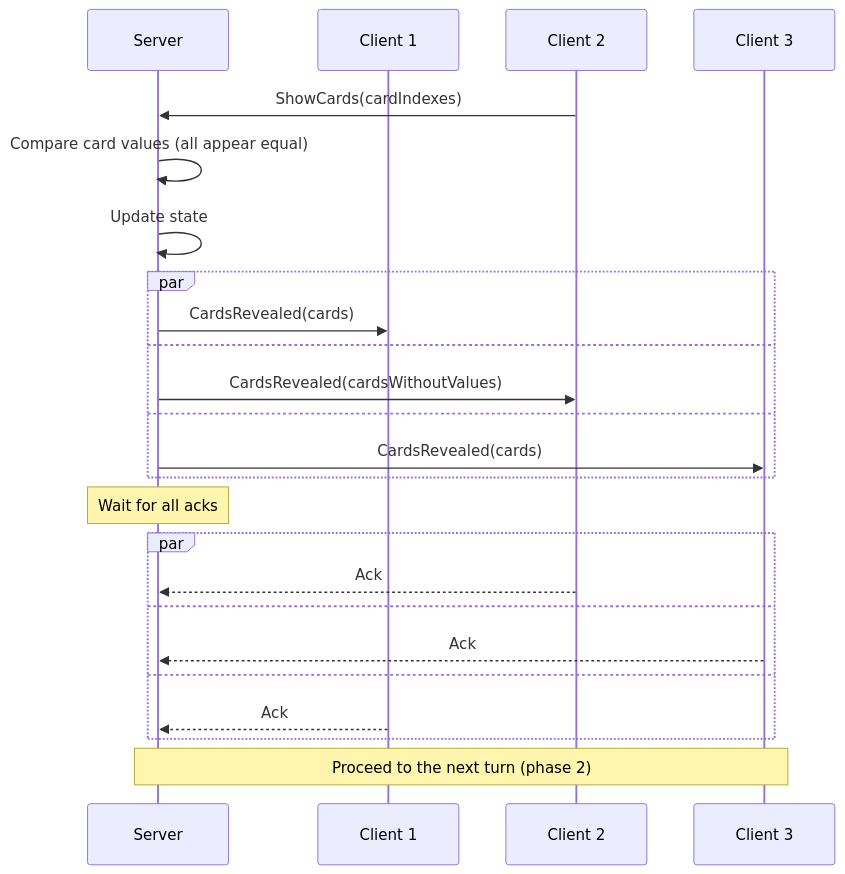
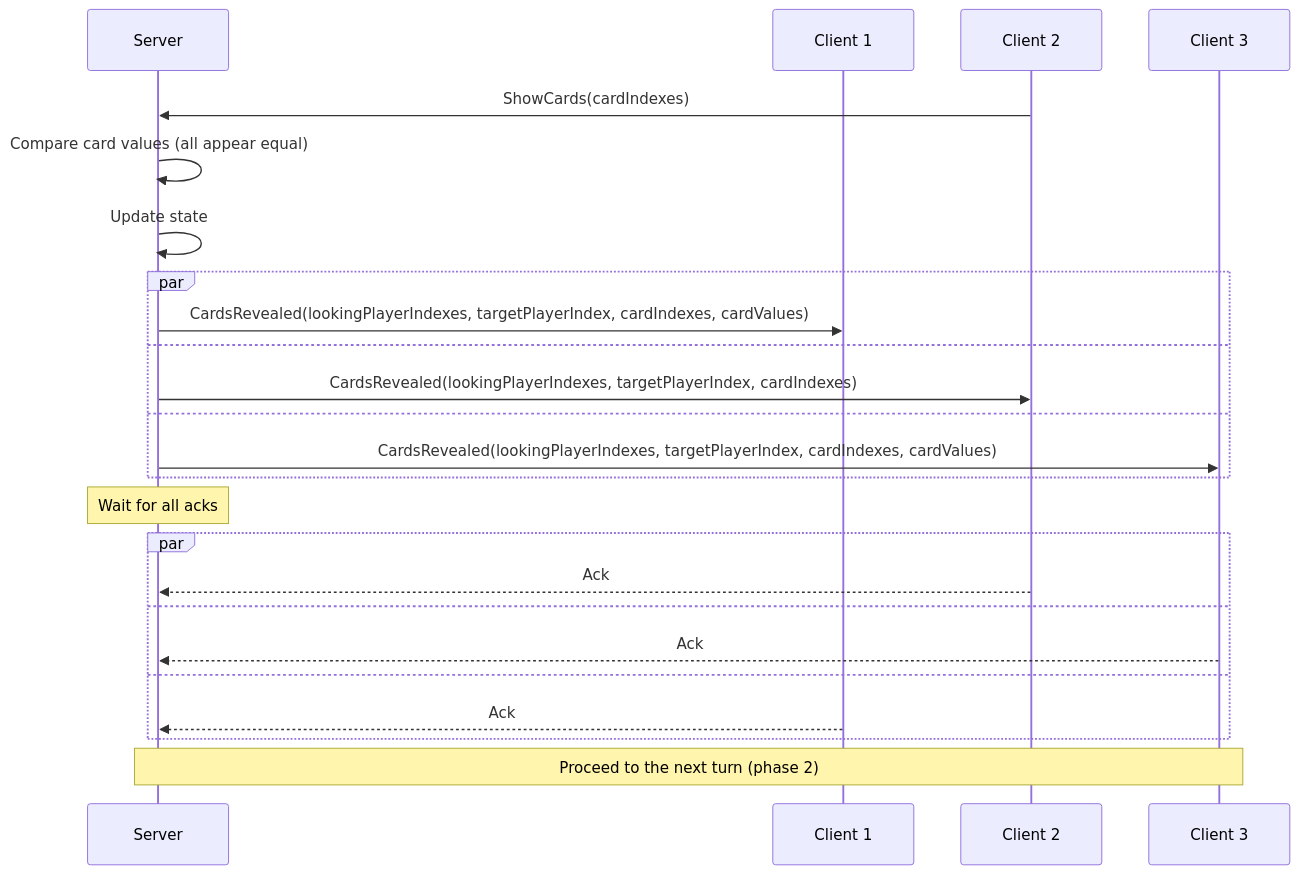
One commit to roman-zubarevich/another changed the ninth of 15 diagrams in docs/GAME.md. Above: the diagram before and after it, drawn with Mermaid. The commit also changed other lines of this file, not shown here.

````diff
--- a/docs/GAME.md
+++ b/docs/GAME.md
@@ -258,26 +258,26 @@
 ```mermaid
 sequenceDiagram
     participant S as Server
     participant C1 as Client 1
     participant C2 as Client 2
     participant C3 as Client 3
     C2->>S: ShowCards(cardIndexes)
     S->>S: Compare card values (all appear equal)
     S->>S: Update state
     par
-        S->>C1: CardsRevealed(cards)
+        S->>C1: CardsRevealed(lookingPlayerIndexes, targetPlayerIndex, cardIndexes, cardValues)
     and
-        S->>C2: CardsRevealed(cardsWithoutValues)
+        S->>C2: CardsRevealed(lookingPlayerIndexes, targetPlayerIndex, cardIndexes)
     and
-        S->>C3: CardsRevealed(cards)
+        S->>C3: CardsRevealed(lookingPlayerIndexes, targetPlayerIndex, cardIndexes, cardValues)
     end
     Note over S: Wait for all acks
     par
         C2-->>S: Ack
     and
         C3-->>S: Ack
     and
         C1-->>S: Ack
     end
     Note over S,C3: Proceed to the next turn (phase 2)
 ```
````
